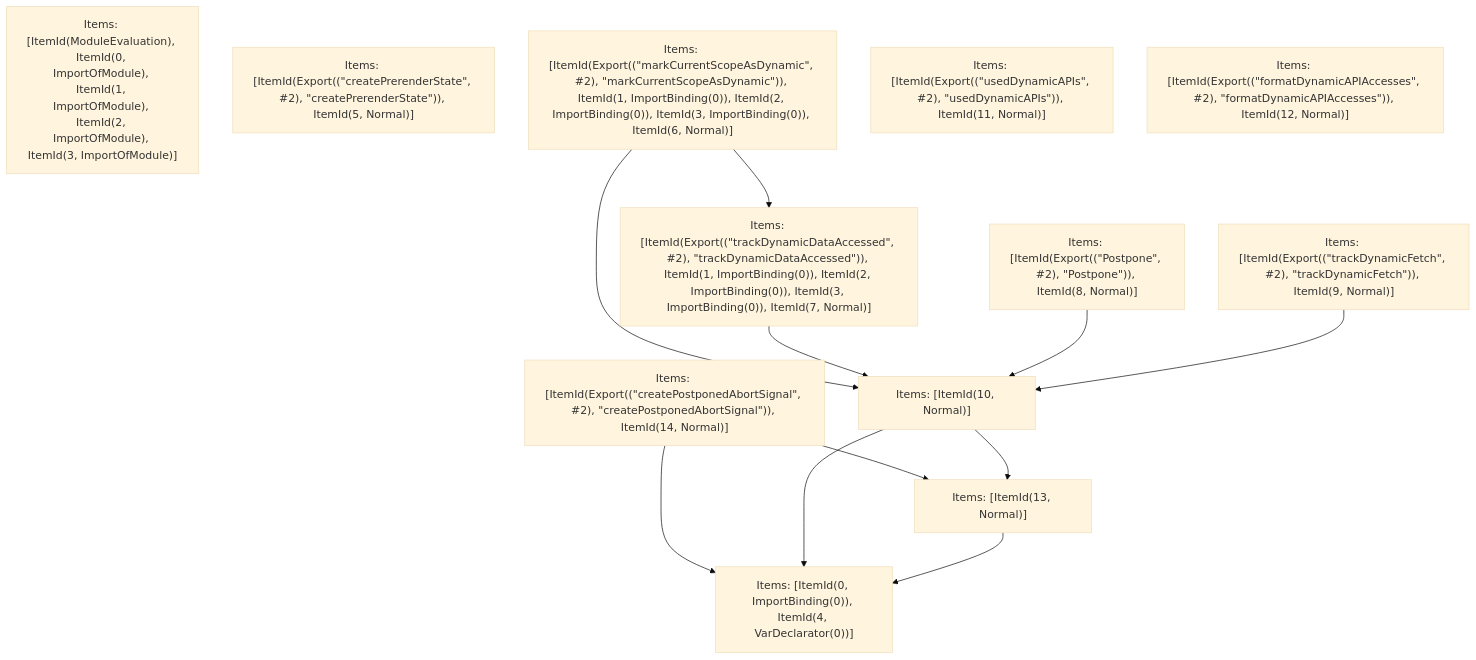
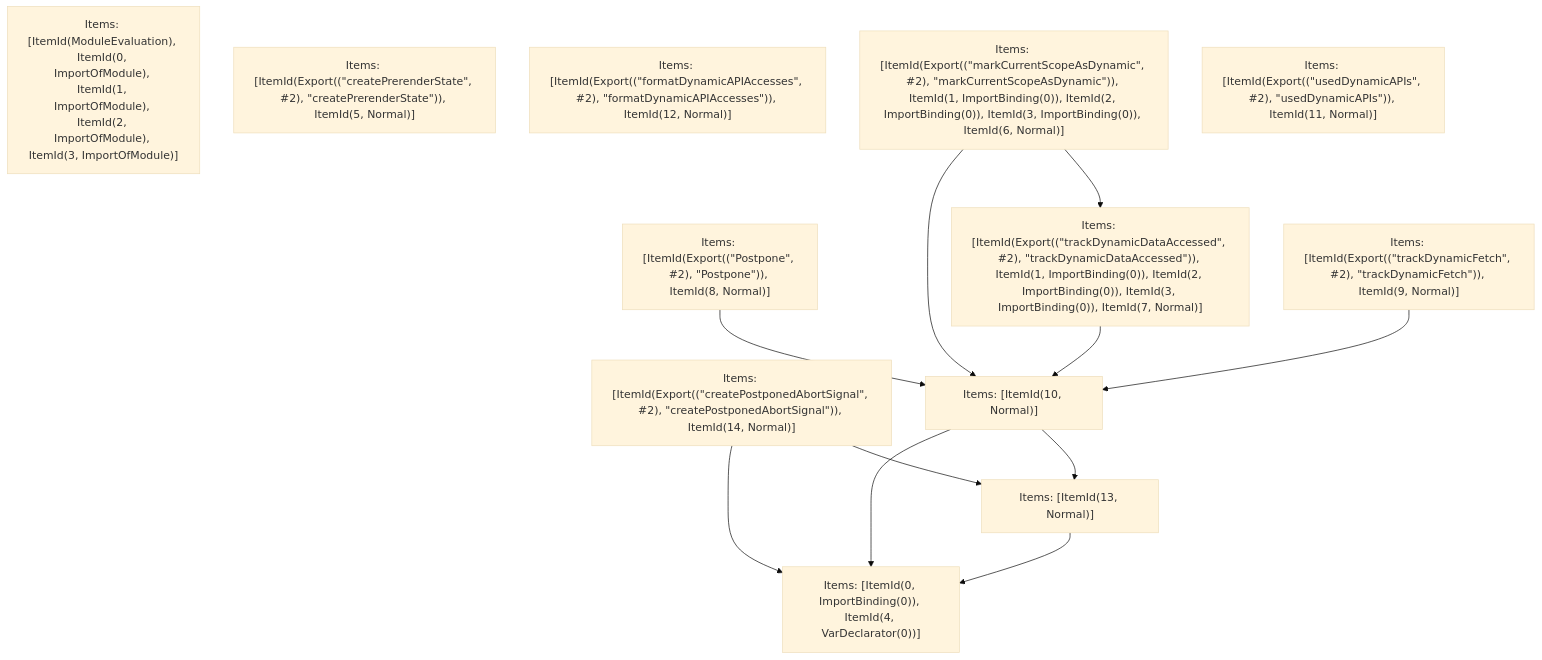
The fifth of 5 diagrams in crates/turbopack-ecmascript/tests/tree-shaker/analyzer/failed-2/output.md (vercel/turborepo), drawn with Mermaid (base theme) before and after one commit. The commit also changed other lines of this file and 24 other files, not shown here.

````diff
--- a/crates/turbopack-ecmascript/tests/tree-shaker/analyzer/failed-2/output.md
+++ b/crates/turbopack-ecmascript/tests/tree-shaker/analyzer/failed-2/output.md
@@ -548,25 +548,25 @@
 ```mermaid
 graph TD
     N0["Items: [ItemId(ModuleEvaluation), ItemId(0, ImportOfModule), ItemId(1, ImportOfModule), ItemId(2, ImportOfModule), ItemId(3, ImportOfModule)]"];
-    N1["Items: [ItemId(Export((&quot;createPrerenderState&quot;, #2), &quot;createPrerenderState&quot;)), ItemId(5, Normal)]"];
-    N2["Items: [ItemId(Export((&quot;markCurrentScopeAsDynamic&quot;, #2), &quot;markCurrentScopeAsDynamic&quot;)), ItemId(1, ImportBinding(0)), ItemId(2, ImportBinding(0)), ItemId(3, ImportBinding(0)), ItemId(6, Normal)]"];
-    N3["Items: [ItemId(Export((&quot;trackDynamicDataAccessed&quot;, #2), &quot;trackDynamicDataAccessed&quot;)), ItemId(1, ImportBinding(0)), ItemId(2, ImportBinding(0)), ItemId(3, ImportBinding(0)), ItemId(7, Normal)]"];
-    N4["Items: [ItemId(Export((&quot;Postpone&quot;, #2), &quot;Postpone&quot;)), ItemId(8, Normal)]"];
-    N5["Items: [ItemId(Export((&quot;trackDynamicFetch&quot;, #2), &quot;trackDynamicFetch&quot;)), ItemId(9, Normal)]"];
-    N6["Items: [ItemId(Export((&quot;usedDynamicAPIs&quot;, #2), &quot;usedDynamicAPIs&quot;)), ItemId(11, Normal)]"];
-    N7["Items: [ItemId(Export((&quot;formatDynamicAPIAccesses&quot;, #2), &quot;formatDynamicAPIAccesses&quot;)), ItemId(12, Normal)]"];
-    N8["Items: [ItemId(Export((&quot;createPostponedAbortSignal&quot;, #2), &quot;createPostponedAbortSignal&quot;)), ItemId(14, Normal)]"];
+    N1["Items: [ItemId(Export((&quot;Postpone&quot;, #2), &quot;Postpone&quot;)), ItemId(8, Normal)]"];
+    N2["Items: [ItemId(Export((&quot;createPostponedAbortSignal&quot;, #2), &quot;createPostponedAbortSignal&quot;)), ItemId(14, Normal)]"];
+    N3["Items: [ItemId(Export((&quot;createPrerenderState&quot;, #2), &quot;createPrerenderState&quot;)), ItemId(5, Normal)]"];
+    N4["Items: [ItemId(Export((&quot;formatDynamicAPIAccesses&quot;, #2), &quot;formatDynamicAPIAccesses&quot;)), ItemId(12, Normal)]"];
+    N5["Items: [ItemId(Export((&quot;markCurrentScopeAsDynamic&quot;, #2), &quot;markCurrentScopeAsDynamic&quot;)), ItemId(1, ImportBinding(0)), ItemId(2, ImportBinding(0)), ItemId(3, ImportBinding(0)), ItemId(6, Normal)]"];
+    N6["Items: [ItemId(Export((&quot;trackDynamicDataAccessed&quot;, #2), &quot;trackDynamicDataAccessed&quot;)), ItemId(1, ImportBinding(0)), ItemId(2, ImportBinding(0)), ItemId(3, ImportBinding(0)), ItemId(7, Normal)]"];
+    N7["Items: [ItemId(Export((&quot;trackDynamicFetch&quot;, #2), &quot;trackDynamicFetch&quot;)), ItemId(9, Normal)]"];
+    N8["Items: [ItemId(Export((&quot;usedDynamicAPIs&quot;, #2), &quot;usedDynamicAPIs&quot;)), ItemId(11, Normal)]"];
     N9["Items: [ItemId(0, ImportBinding(0)), ItemId(4, VarDeclarator(0))]"];
     N10["Items: [ItemId(10, Normal)]"];
     N11["Items: [ItemId(13, Normal)]"];
-    N2 --> N3;
-    N2 --> N10;
-    N3 --> N10;
-    N4 --> N10;
+    N1 --> N10;
+    N2 --> N11;
+    N2 --> N9;
+    N5 --> N6;
     N5 --> N10;
-    N8 --> N11;
-    N8 --> N9;
+    N6 --> N10;
+    N7 --> N10;
     N10 --> N11;
     N10 --> N9;
     N11 --> N9;
 ```
````
